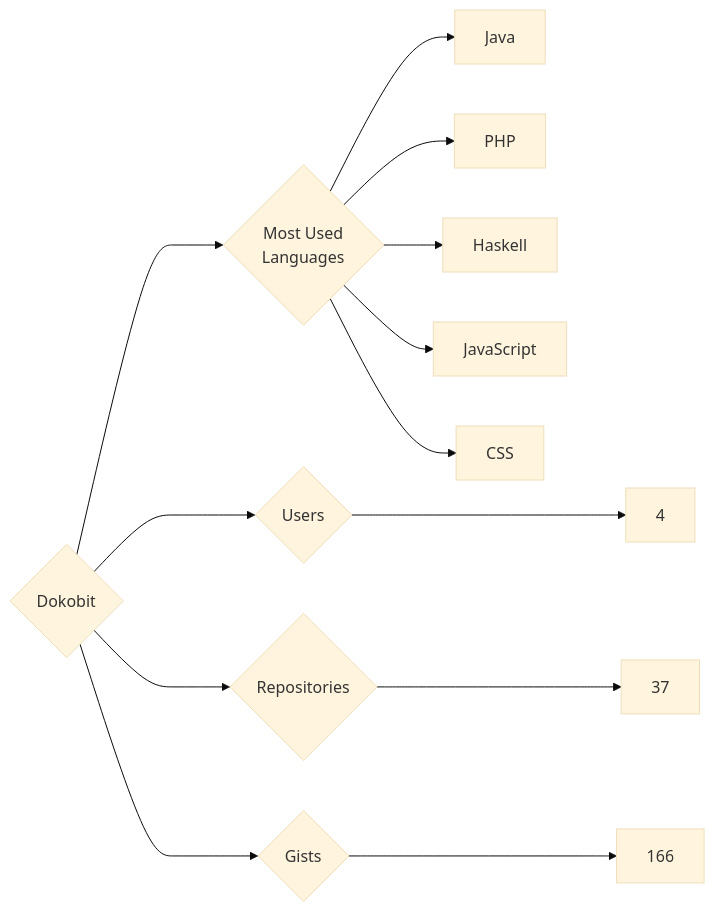
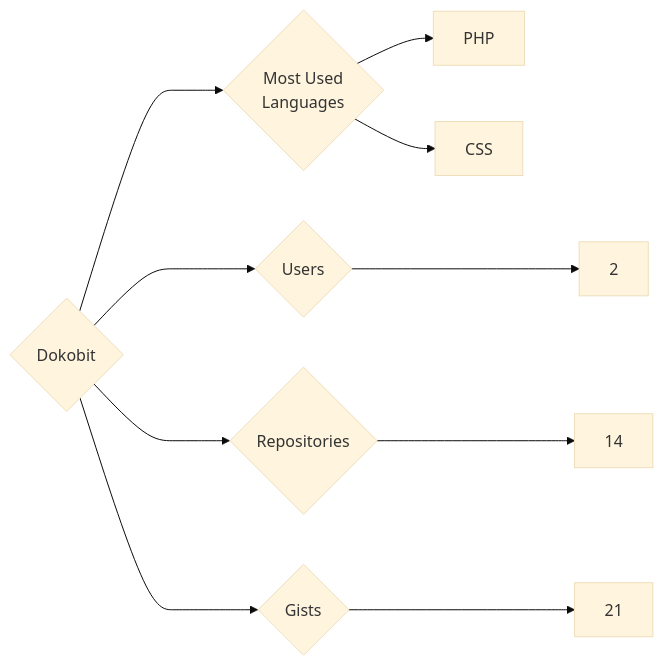
Before and after one commit to trickest/insiders: the diagram in targets/Dokobit/README.md, drawn with Mermaid (base theme). The commit also changed 925 other files, not shown here.

````diff
--- a/targets/Dokobit/README.md
+++ b/targets/Dokobit/README.md
@@ -3,13 +3,10 @@
 ```mermaid
 graph LR
 COMPANY_NAME{Dokobit}
-COMPANY_NAME ---> U{Users} ---> UN[4]
-COMPANY_NAME ---> R{Repositories} ---> RN[37]
-COMPANY_NAME ---> G{Gists} ---> GN[166]
+COMPANY_NAME ---> U{Users} ---> UN[2]
+COMPANY_NAME ---> R{Repositories} ---> RN[14]
+COMPANY_NAME ---> G{Gists} ---> GN[21]
 COMPANY_NAME ---> ML{Most Used<br>Languages}
-ML --> Java[Java]
 ML --> PHP[PHP]
-ML --> Haskell[Haskell]
-ML --> JavaScript[JavaScript]
 ML --> CSS[CSS]
 ```
````
